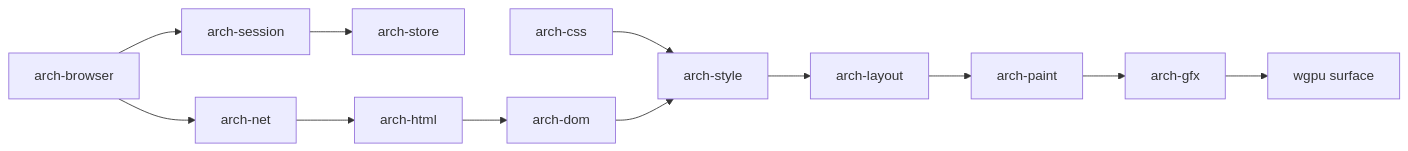
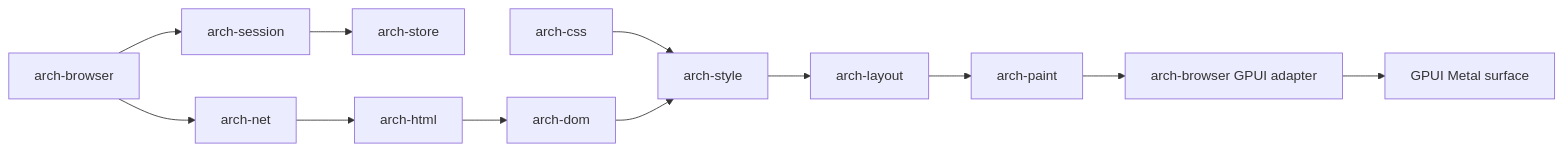
One commit to shenzhepei/archetype-quick-browser changed the diagram in docs/detailed-design/03-Archetype-V3-详设.md. Above: the diagram before and after it, drawn with Mermaid. The commit also changed other lines of this file and 3 other files, not shown here.

Commit message:
docs: align architecture with GPUI shell

````diff
--- a/docs/detailed-design/03-Archetype-V3-详设.md
+++ b/docs/detailed-design/03-Archetype-V3-详设.md
@@ -42,14 +42,14 @@
 ```mermaid
 flowchart LR
   UI[arch-browser] --> Session[arch-session]
   UI --> Loader[arch-net]
   Session --> Store[arch-store]
   Loader --> HTML[arch-html]
   HTML --> DOM[arch-dom]
   CSS[arch-css] --> Style[arch-style]
   DOM --> Style
   Style --> Layout[arch-layout]
   Layout --> Paint[arch-paint]
-  Paint --> Gfx[arch-gfx]
-  Gfx --> Surface[wgpu surface]
+  Paint --> UIAdapter[arch-browser GPUI adapter]
+  UIAdapter --> Surface[GPUI Metal surface]
 ```
````
